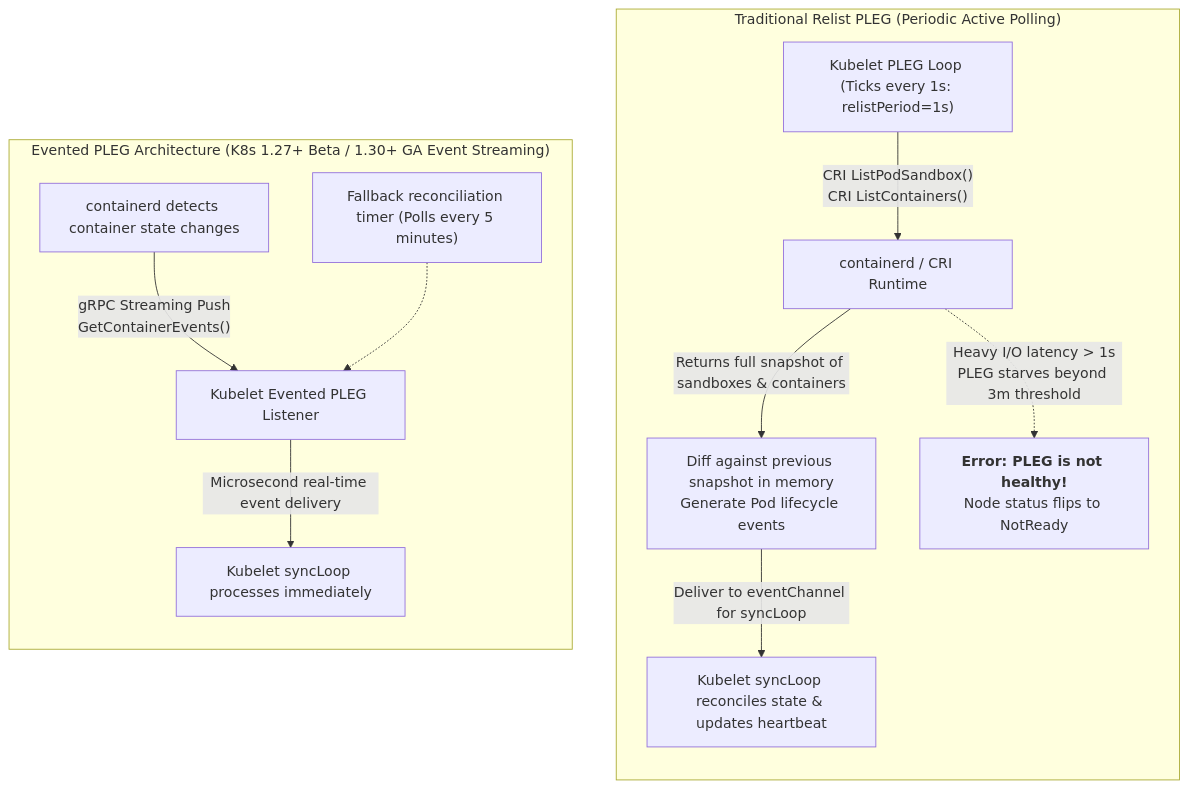
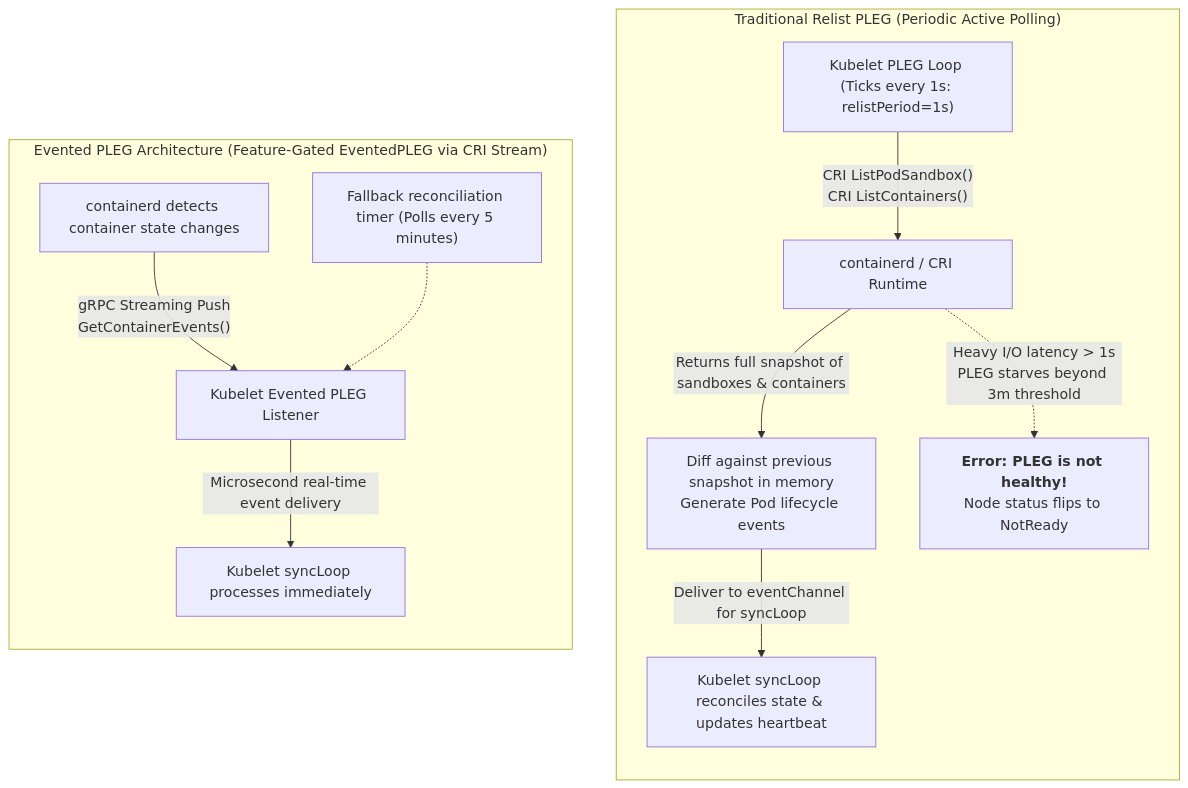
One commit to ifnodoraemon/ifnodoraemon.github.io changed the first of 3 diagrams in content/en/articles/k8s-runtime-nri-kata-gvisor-kernel-tuning.en.md. Above: the diagram before and after it, drawn with Mermaid. The commit also changed 51 other files, not shown here.

````diff
--- a/content/en/articles/k8s-runtime-nri-kata-gvisor-kernel-tuning.en.md
+++ b/content/en/articles/k8s-runtime-nri-kata-gvisor-kernel-tuning.en.md
@@ -48,17 +48,17 @@
 ```mermaid
 flowchart TD
     subgraph TraditionalPLEG["Traditional Relist PLEG (Periodic Active Polling)"]
         direction TB
         T1["Kubelet PLEG Loop (Ticks every 1s: relistPeriod=1s)"] -->|"CRI ListPodSandbox()<br/>CRI ListContainers()"| T2["containerd / CRI Runtime"]
         T2 -->|"Returns full snapshot of sandboxes & containers"| T3["Diff against previous snapshot in memory<br/>Generate Pod lifecycle events"]
         T3 -->|"Deliver to eventChannel for syncLoop"| T4["Kubelet syncLoop reconciles state & updates heartbeat"]
         T2 -.->|"Heavy I/O latency > 1s<br/>PLEG starves beyond 3m threshold"| T5["<b>Error: PLEG is not healthy!</b><br/>Node status flips to NotReady"]
     end
 
-    subgraph EventedPLEG["Evented PLEG Architecture (K8s 1.27+ Beta / 1.30+ GA Event Streaming)"]
+    subgraph EventedPLEG["Evented PLEG Architecture (Feature-Gated EventedPLEG via CRI Stream)"]
         direction TB
         E1["containerd detects container state changes"] -->|"gRPC Streaming Push<br/>GetContainerEvents()"| E2["Kubelet Evented PLEG Listener"]
         E2 -->|"Microsecond real-time event delivery"| E3["Kubelet syncLoop processes immediately"]
         E4["Fallback reconciliation timer (Polls every 5 minutes)" ] -.-> E2
     end
 ```
````
